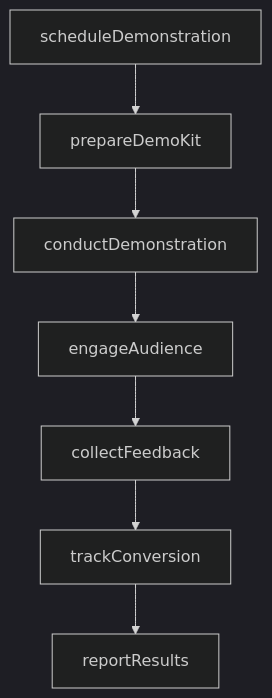
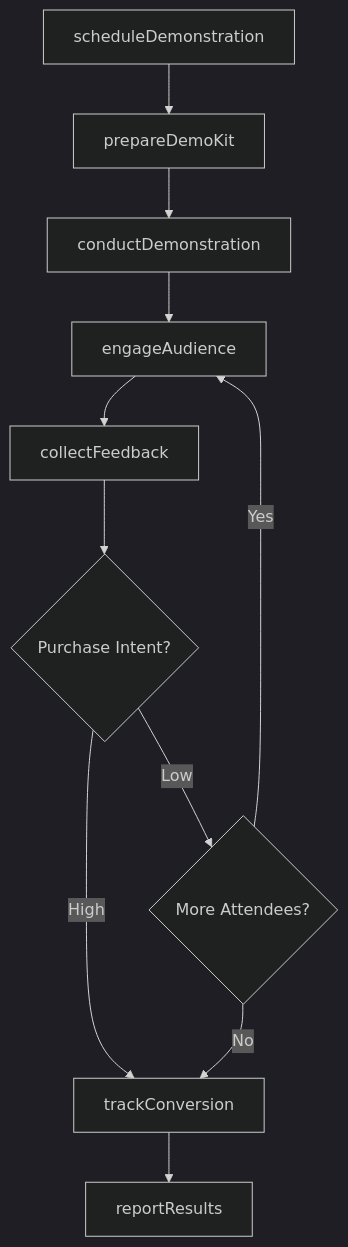
One commit to dot-org-ai/tasks.org.ai changed the third of 4 diagrams in SellingOrInfluencingOthers/PromoteProductsServicesOrPrograms/DemonstrateProductsConsumers.mdx. Above: the diagram before and after it, drawn with Mermaid (dark theme). The commit also changed other lines of this file and 504 other files, not shown here.

First line of the commit message:
feat: Add ER diagrams, state diagrams, and workflow improvements to 96 DWA task files

````diff
--- a/SellingOrInfluencingOthers/PromoteProductsServicesOrPrograms/DemonstrateProductsConsumers.mdx
+++ b/SellingOrInfluencingOthers/PromoteProductsServicesOrPrograms/DemonstrateProductsConsumers.mdx
@@ -87,9 +114,13 @@
 ```mermaid
 graph TD
     A[scheduleDemonstration] --> B[prepareDemoKit]
     B --> C[conductDemonstration]
     C --> D[engageAudience]
     D --> E[collectFeedback]
-    E --> F[trackConversion]
-    F --> G[reportResults]
+    E --> F{Purchase Intent?}
+    F -->|High| G[trackConversion]
+    F -->|Low| H{More Attendees?}
+    H -->|Yes| D
+    H -->|No| G
+    G --> I[reportResults]
 ```
````
